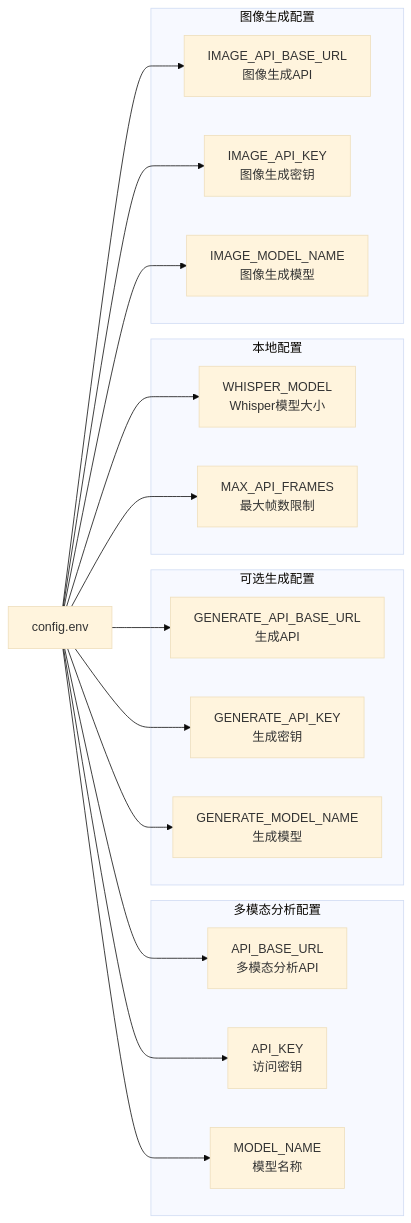
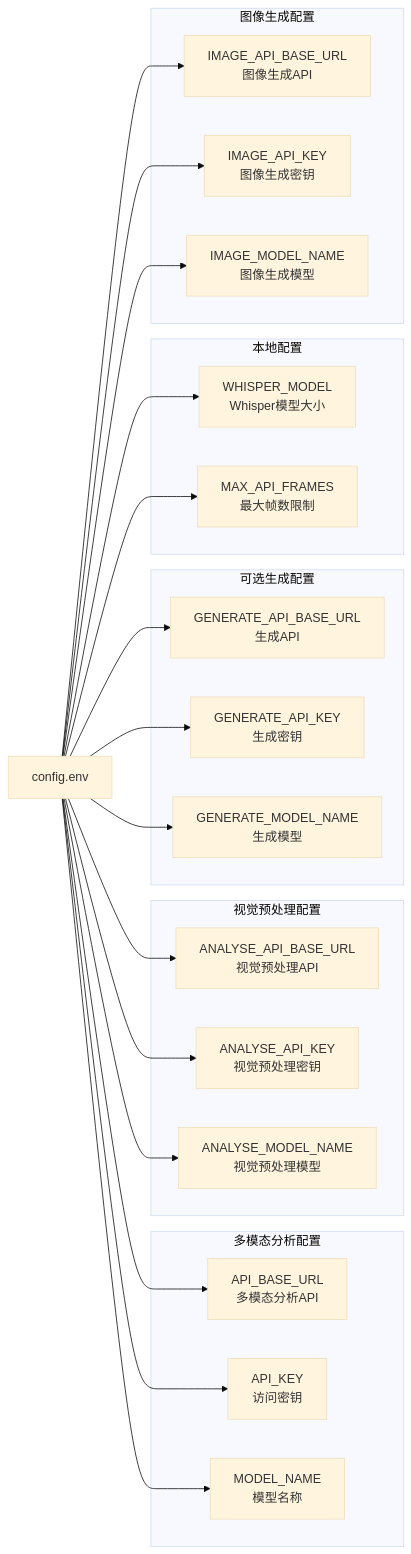
The sixth of 18 diagrams in .qoder/repowiki/zh/content/配置和定制/配置和定制.md (WongMingJiu/landingpage-test-hero-page), drawn with Mermaid (base theme) before and after one commit. The commit also changed other lines of this file and 7 other files, not shown here.

````diff
--- a/.qoder/repowiki/zh/content/配置和定制/配置和定制.md
+++ b/.qoder/repowiki/zh/content/配置和定制/配置和定制.md
@@ -289,33 +309,41 @@
 ```mermaid
 graph LR
 subgraph "多模态分析配置"
 BaseURL[API_BASE_URL<br/>多模态分析API]
 APIKey[API_KEY<br/>访问密钥]
 ModelName[MODEL_NAME<br/>模型名称]
+end
+subgraph "视觉预处理配置"
+AnalyseBaseURL[ANALYSE_API_BASE_URL<br/>视觉预处理API]
+AnalyseAPIKey[ANALYSE_API_KEY<br/>视觉预处理密钥]
+AnalyseModelName[ANALYSE_MODEL_NAME<br/>视觉预处理模型]
 end
 subgraph "可选生成配置"
 GenBaseURL[GENERATE_API_BASE_URL<br/>生成API]
 GenAPIKey[GENERATE_API_KEY<br/>生成密钥]
 GenModelName[GENERATE_MODEL_NAME<br/>生成模型]
 end
 subgraph "本地配置"
 WhisperModel[WHISPER_MODEL<br/>Whisper模型大小]
 MaxFrames[MAX_API_FRAMES<br/>最大帧数限制]
 end
 subgraph "图像生成配置"
 ImageBaseURL[IMAGE_API_BASE_URL<br/>图像生成API]
 ImageAPIKey[IMAGE_API_KEY<br/>图像生成密钥]
 ImageModelName[IMAGE_MODEL_NAME<br/>图像生成模型]
 end
 ConfigFile[config.env] --> BaseURL
 ConfigFile --> APIKey
 ConfigFile --> ModelName
+ConfigFile --> AnalyseBaseURL
+ConfigFile --> AnalyseAPIKey
+ConfigFile --> AnalyseModelName
 ConfigFile --> GenBaseURL
 ConfigFile --> GenAPIKey
 ConfigFile --> GenModelName
 ConfigFile --> WhisperModel
 ConfigFile --> MaxFrames
 ConfigFile --> ImageBaseURL
 ConfigFile --> ImageAPIKey
 ConfigFile --> ImageModelName
 ```
````
